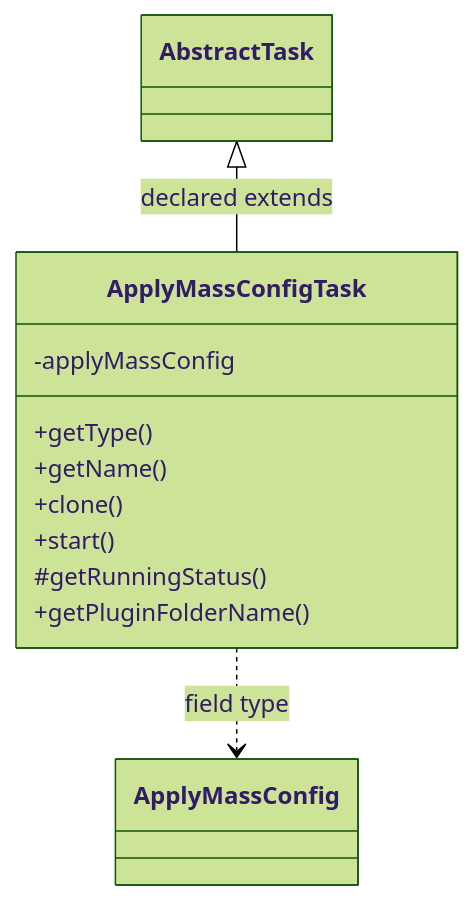
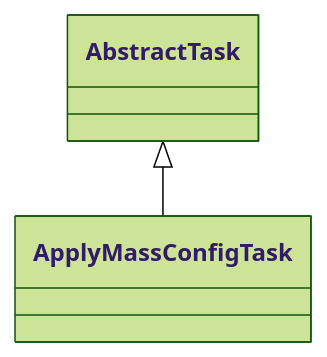
The diagram in docs/sqx/CustomProjects/TaskApplyMassConfig.md (haruperi/HaruQuantAI), drawn with Mermaid (forest theme) before and after one commit. The commit also changed other lines of this file and 1688 other files, not shown here.

````diff
--- a/docs/sqx/CustomProjects/TaskApplyMassConfig.md
+++ b/docs/sqx/CustomProjects/TaskApplyMassConfig.md
@@ -30,16 +26,6 @@
 ```mermaid
 classDiagram
-    class C4f3c4632d21b["ApplyMassConfigTask"] {
-        -applyMassConfig
-        +getType()
-        +getName()
-        +clone()
-        +start()
-        #getRunningStatus()
-        +getPluginFolderName()
-    }
-    class C4d1024c3c1b5["ApplyMassConfig"]
-    class Ce44d386802cb["AbstractTask"]
-    Ce44d386802cb <|-- C4f3c4632d21b : declared extends
-    C4f3c4632d21b ..> C4d1024c3c1b5 : field type
+    class C0["ApplyMassConfigTask"]
+    class E0["AbstractTask"]
+    E0 <|-- C0
 ```
````
